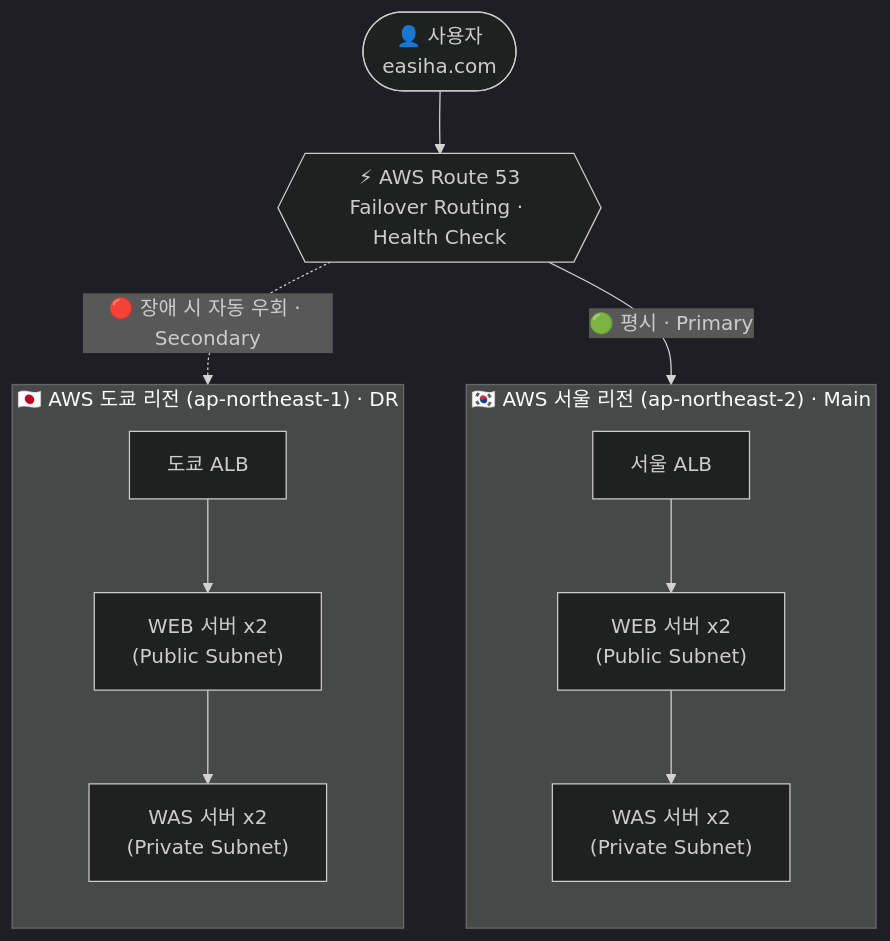
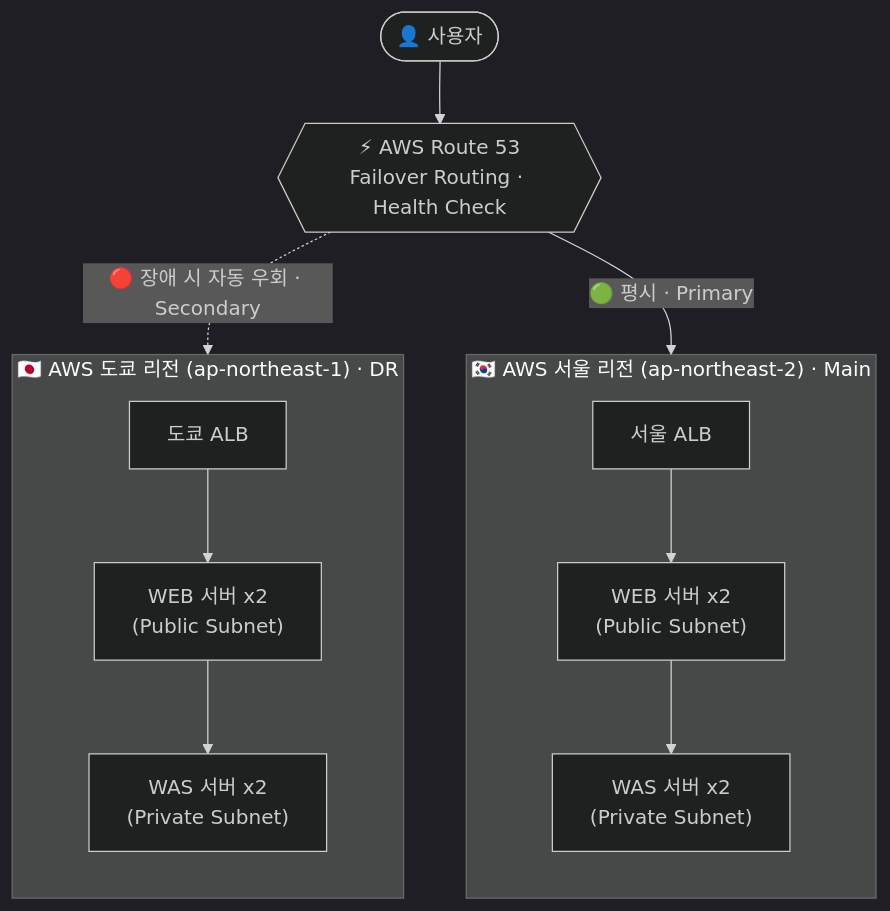
Before and after one commit to younghunlee01/younghunlee01: the diagram in Project/DR/README.md, drawn with Mermaid (dark theme). The commit also changed other lines of this file, not shown here.

````diff
--- a/Project/DR/README.md
+++ b/Project/DR/README.md
@@ -30,23 +30,23 @@
 ```mermaid
 flowchart TD
-    User([👤 사용자<br/>easiha.com])
+    User([👤 사용자<br/>])
 
     User --> R53{{"⚡ AWS Route 53<br/>Failover Routing · Health Check"}}
 
     R53 -->|"🟢 평시 · Primary"| SeoulALB
     R53 -.->|"🔴 장애 시 자동 우회 · Secondary"| TokyoALB
 
     subgraph Seoul["🇰🇷 AWS 서울 리전 (ap-northeast-2) · Main"]
         direction TB
         SeoulALB[서울 ALB]
         SeoulALB --> SWeb["WEB 서버 x2<br/>(Public Subnet)"]
         SWeb --> SWas["WAS 서버 x2<br/>(Private Subnet)"]
     end
 
     subgraph Tokyo["🇯🇵 AWS 도쿄 리전 (ap-northeast-1) · DR"]
         direction TB
         TokyoALB[도쿄 ALB]
         TokyoALB --> TWeb["WEB 서버 x2<br/>(Public Subnet)"]
         TWeb --> TWas["WAS 서버 x2<br/>(Private Subnet)"]
     end
 ```
````
